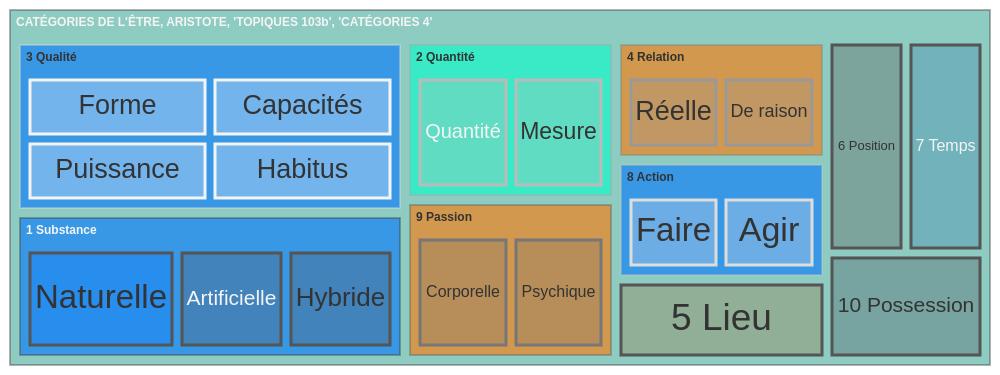
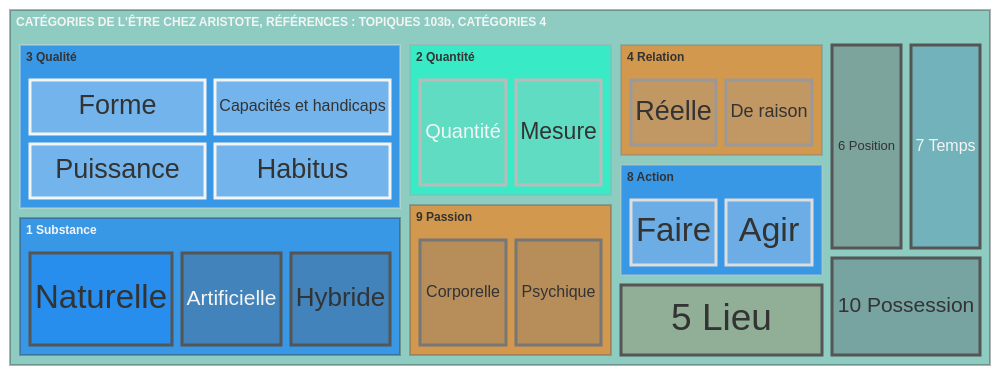
One commit to IpadDilectio/Mairmaid changed the diagram in catégories.mmd. Above: the diagram before and after it, drawn with Mermaid. The commit also changed 4 other files, not shown here.

```diff
--- a/catégories.mmd
+++ b/catégories.mmd
@@ -1,44 +1,44 @@
 ---
 config:
   theme: neutral
   themeVariables:
     fontFamily: verdana
   treemap:
     showValues: false
     labelFontSize: 24
 ---
 treemap-beta
-"CATÉGORIES DE L'ÊTRE, ARISTOTE, 'TOPIQUES 103b', 'CATÉGORIES 4'":::menthe
+"CATÉGORIES DE L'ÊTRE CHEZ ARISTOTE, RÉFÉRENCES : TOPIQUES 103b, CATÉGORIES 4":::menthe
   "1 Substance":::azul
     "Naturelle": 28:::azul
     "Artificielle": 20
     "Hybride": 20
   "2 Quantité":::turquoise
     "Quantité": 20
     "Mesure": 20
   "3 Qualité":::azul
     "Forme": 20
     "Puissance": 20
-    "Capacités": 20
+    "Capacités et handicaps": 20
     "Habitus": 20
   "4 Relation":::orange
     "Réelle": 15
     "De raison": 15
   "5 Lieu": 20:::ocre
   "6 Position": 20:::marron
   "7 Temps": 20:::bleu
   "8 Action":::azul
     "Faire": 15
     "Agir": 15
   "9 Passion":::orange
     "Corporelle": 20
     "Psychique": 20
   "10 Possession": 20:::ardoise
 classDef azul fill:#07F
 classDef turquoise fill:#0FC
 classDef orange fill:#F70
 classDef ocre fill:#963
 classDef bleu fill:#37A
 classDef menthe fill:#4A9
 classDef marron fill:#544
 classDef ardoise fill:#445
```
